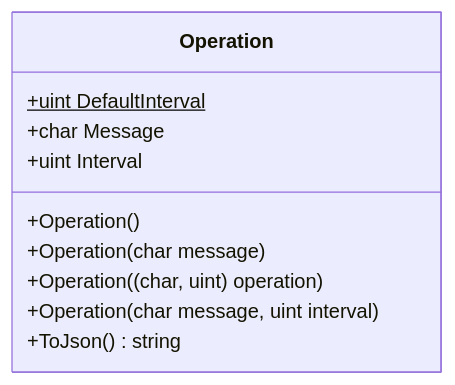
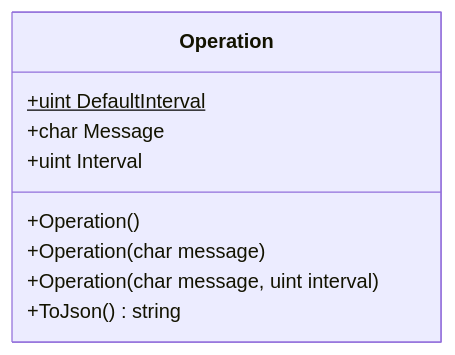
The third of 4 diagrams in README.md (u1f992/Sunameri), drawn with Mermaid before and after one commit. The commit also changed 1 other file, not shown here.

Commit message:
delete overload

````diff
--- a/README.md
+++ b/README.md
@@ -97,14 +97,13 @@
 ```mermaid
 classDiagram
 class Operation {
     +uint DefaultInterval$
     +char Message
     +uint Interval
 
     +Operation()
     +Operation(char message)
-    +Operation((char, uint) operation)
     +Operation(char message, uint interval)
     +ToJson() string
 }
 ```
````
